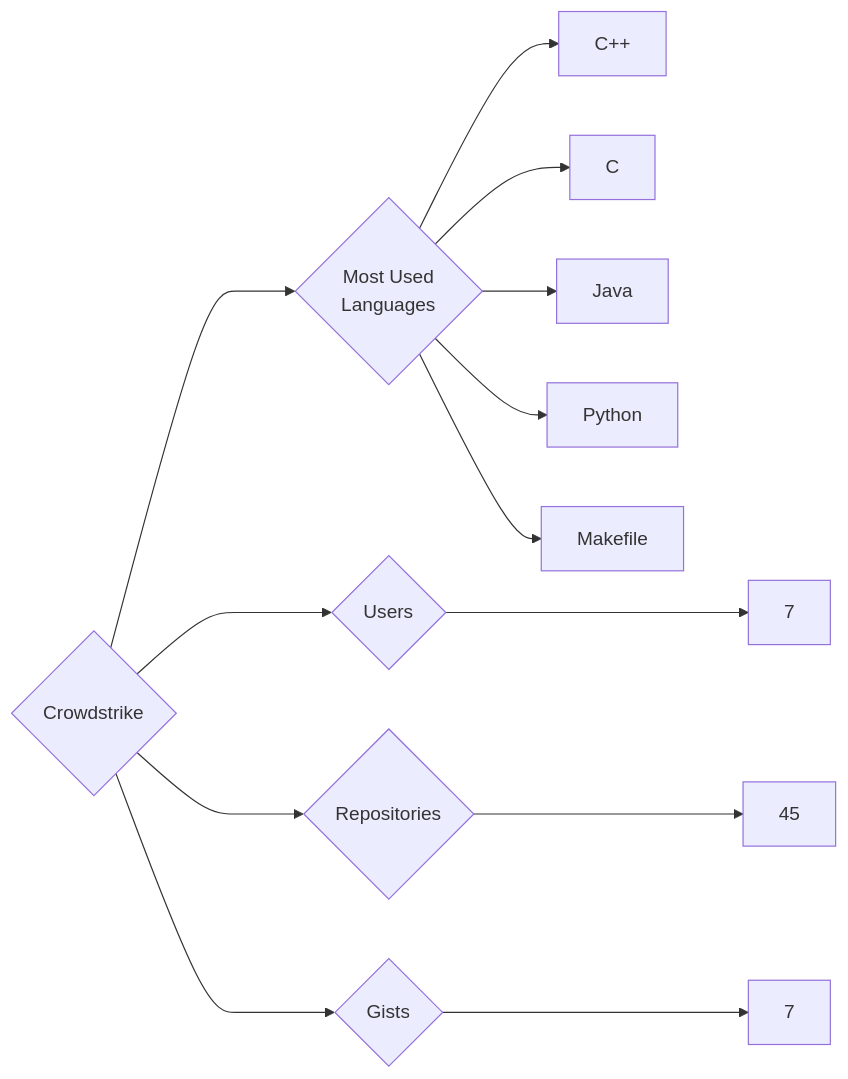
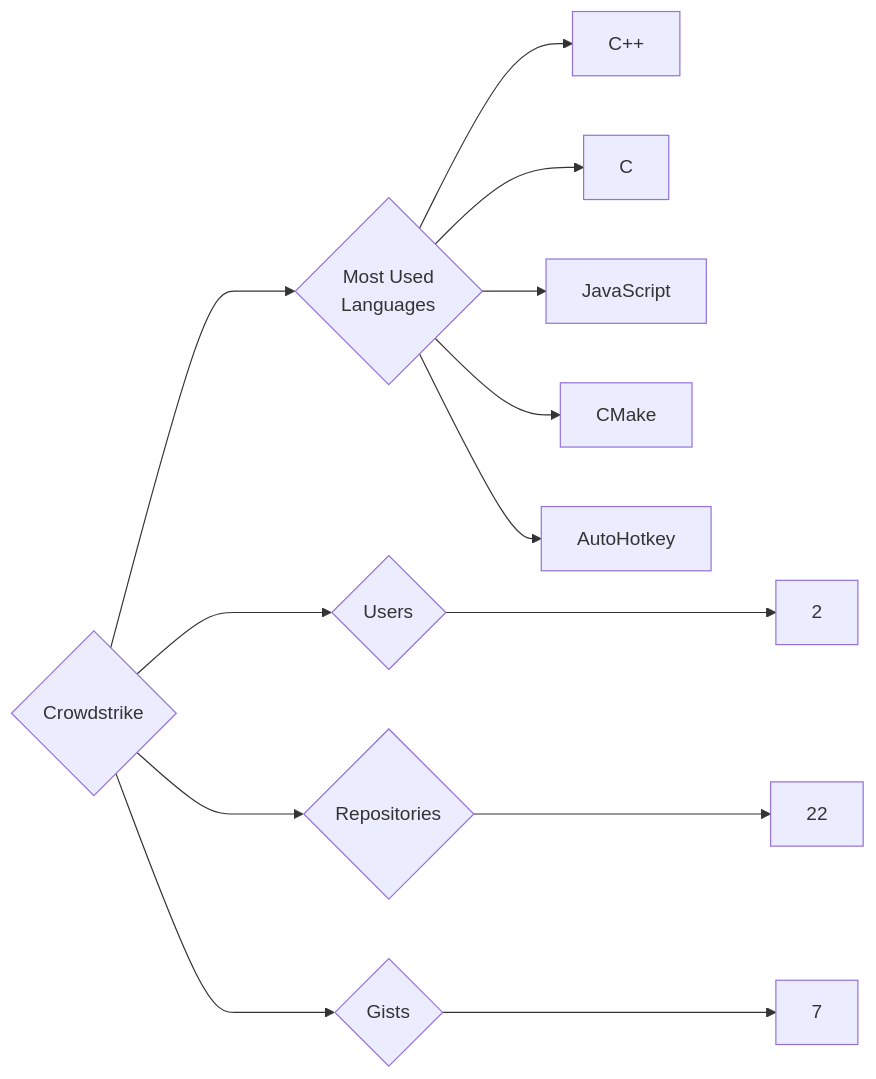
Before and after one commit to trickest/insiders: the diagram in targets/Crowdstrike/README.md, drawn with Mermaid. The commit also changed 1084 other files, not shown here.

````diff
--- a/targets/Crowdstrike/README.md
+++ b/targets/Crowdstrike/README.md
@@ -3,13 +3,13 @@
 ```mermaid
 graph LR
 COMPANY_NAME{Crowdstrike}
-COMPANY_NAME ---> U{Users} ---> UN[7]
-COMPANY_NAME ---> R{Repositories} ---> RN[45]
+COMPANY_NAME ---> U{Users} ---> UN[2]
+COMPANY_NAME ---> R{Repositories} ---> RN[22]
 COMPANY_NAME ---> G{Gists} ---> GN[7]
 COMPANY_NAME ---> ML{Most Used<br>Languages}
 ML --> C++[C++]
 ML --> C[C]
-ML --> Java[Java]
-ML --> Python[Python]
-ML --> Makefile[Makefile]
+ML --> JavaScript[JavaScript]
+ML --> CMake[CMake]
+ML --> AutoHotkey[AutoHotkey]
 ```
````
